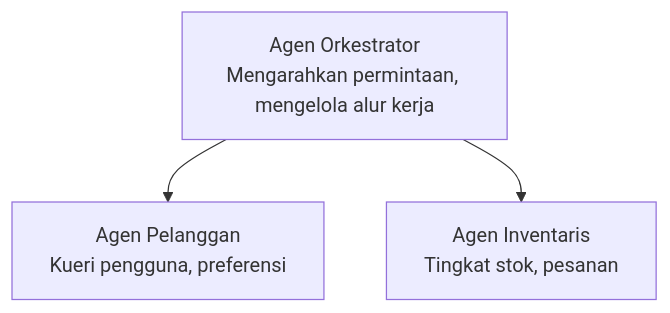
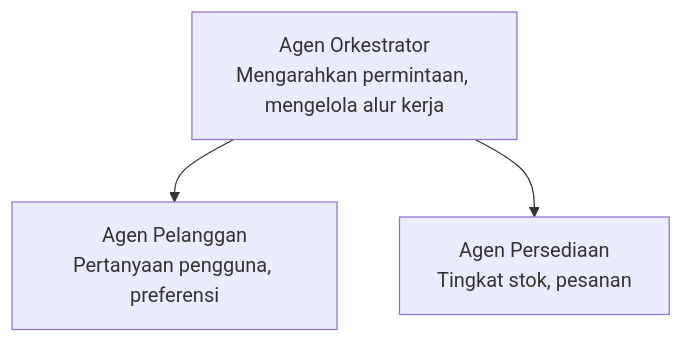
One commit to microsoft/AZD-for-beginners changed the diagram in translations/id/docs/chapter-05-multi-agent/README.md. Above: the diagram before and after it, drawn with Mermaid. The commit also changed other lines of this file and 101 other files, not shown here.

````diff
--- a/translations/id/docs/chapter-05-multi-agent/README.md
+++ b/translations/id/docs/chapter-05-multi-agent/README.md
@@ -50,5 +52,5 @@
 ```mermaid
 graph TD
-    Orchestrator[Agen Orkestrator<br/>Mengarahkan permintaan, mengelola alur kerja] --> Customer[Agen Pelanggan<br/>Kueri pengguna, preferensi]
-    Orchestrator --> Inventory[Agen Inventaris<br/>Tingkat stok, pesanan]
+    Orchestrator[Agen Orkestrator<br/>Mengarahkan permintaan, mengelola alur kerja] --> Customer[Agen Pelanggan<br/>Pertanyaan pengguna, preferensi]
+    Orchestrator --> Inventory[Agen Persediaan<br/>Tingkat stok, pesanan]
 ```
````
